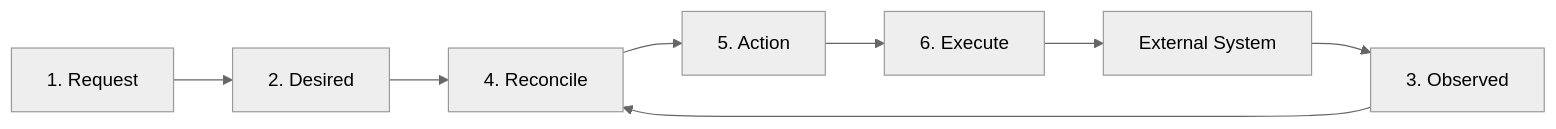
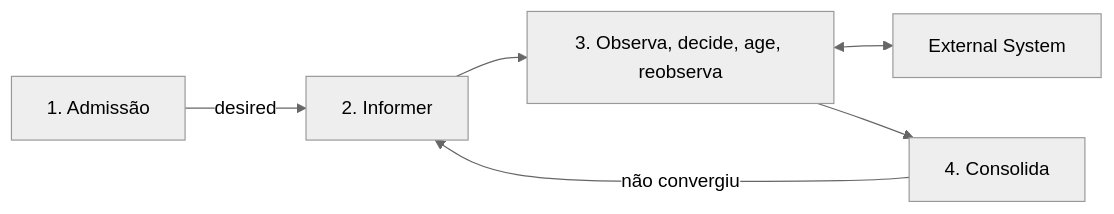
Before and after one commit to danielsabatini/smarkee: the sixth of 16 diagrams in docs/loop/RESOURCE-CONTROL-LOOP.md, drawn with Mermaid (neutral theme). The commit also changed other lines of this file, not shown here.

````diff
--- a/docs/loop/RESOURCE-CONTROL-LOOP.md
+++ b/docs/loop/RESOURCE-CONTROL-LOOP.md
@@ -595,19 +514,15 @@
 ```mermaid
 flowchart LR
 
-    A[1. Request]
-    B[2. Desired]
-    C[3. Observed]
-    D[4. Reconcile]
-    E[5. Action]
-    F[6. Execute]
+    A[1. Admissão]
+    B[2. Informer]
+    C[3. Observa, decide, age, reobserva]
+    D[4. Consolida]
     G[External System]
 
-    A --> B
-    B --> D
+    A -->|desired| B
+    B --> C
+    C <--> G
     C --> D
-    D --> E
-    E --> F
-    F --> G
-    G --> C
+    D -->|não convergiu| B
 ```
````
